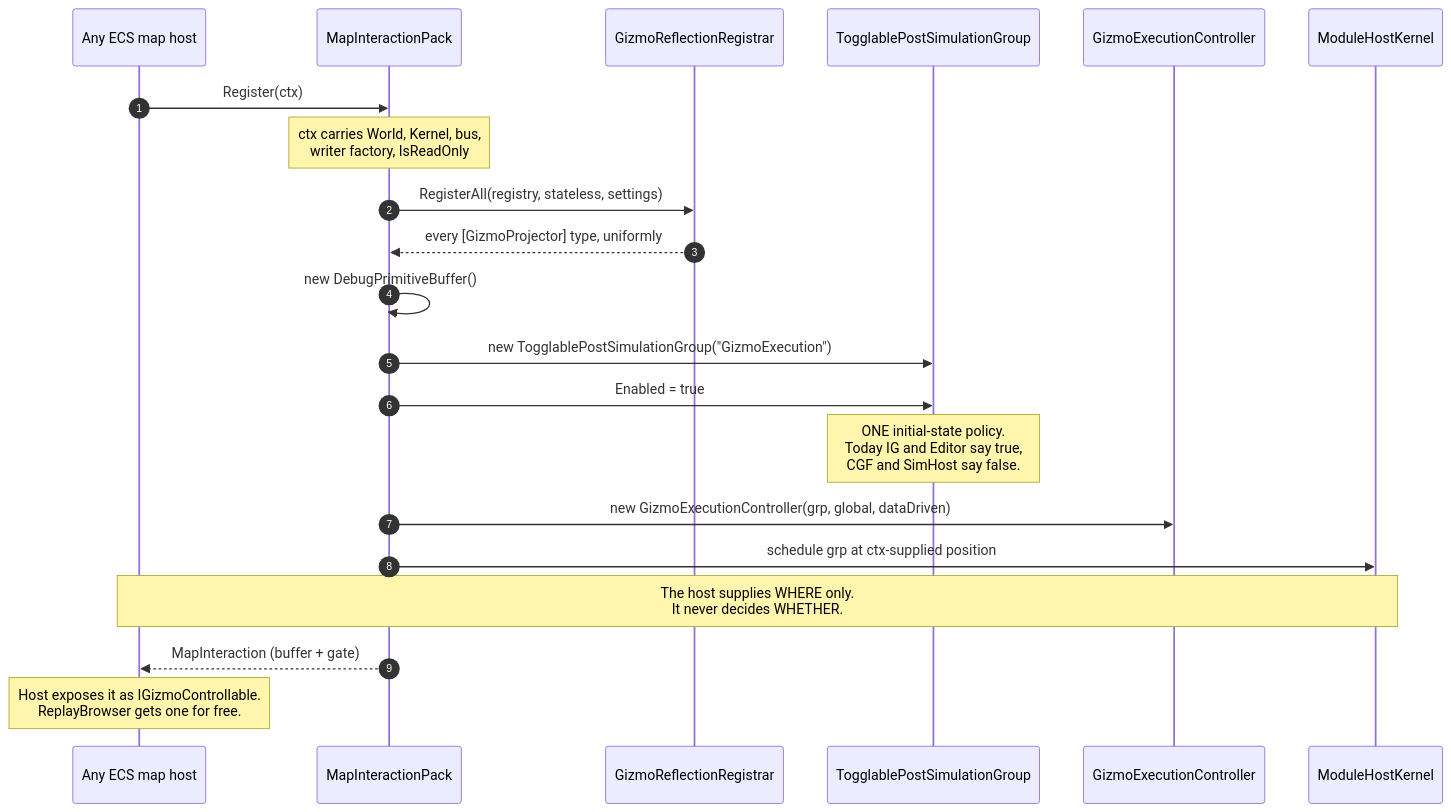
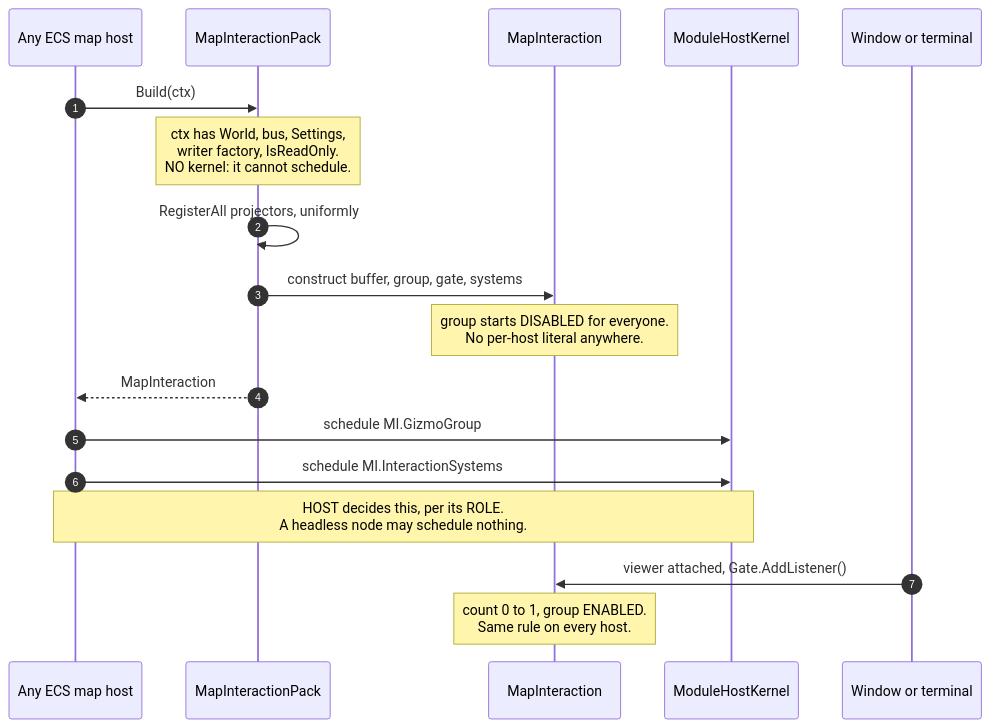
One commit to pjanec/HROT changed the second of 3 diagrams in docs/UX/UX_Feature_Map_Parity.md. Above: the diagram before and after it, drawn with Mermaid. The commit also changed other lines of this file and 1 other file, not shown here.

First line of the commit message:
Redraw the UML to the construct-vs-schedule split, per the user's ruling

````diff
--- a/docs/UX/UX_Feature_Map_Parity.md
+++ b/docs/UX/UX_Feature_Map_Parity.md
@@ -537,24 +532,21 @@
 ```mermaid
 sequenceDiagram
     autonumber
     participant Host as Any ECS map host
     participant Pack as MapInteractionPack
-    participant Refl as GizmoReflectionRegistrar
-    participant Grp as TogglablePostSimulationGroup
-    participant Gate as GizmoExecutionController
+    participant MI as MapInteraction
     participant Kernel as ModuleHostKernel
+    participant Win as Window or terminal
 
-    Host->>Pack: Register(ctx)
-    Note over Pack: ctx carries World, Kernel, bus,<br/>writer factory, IsReadOnly
-    Pack->>Refl: RegisterAll(registry, stateless, settings)
-    Refl-->>Pack: every [GizmoProjector] type, uniformly
-    Pack->>Pack: new DebugPrimitiveBuffer()
-    Pack->>Grp: new TogglablePostSimulationGroup("GizmoExecution")
-    Pack->>Grp: Enabled = true
-    Note over Grp: ONE initial-state policy.<br/>Today IG and Editor say true,<br/>CGF and SimHost say false.
-    Pack->>Gate: new GizmoExecutionController(grp, global, dataDriven)
-    Pack->>Kernel: schedule grp at ctx-supplied position
-    Note over Host,Kernel: The host supplies WHERE only.<br/>It never decides WHETHER.
-    Pack-->>Host: MapInteraction (buffer + gate)
-    Note over Host: Host exposes it as IGizmoControllable.<br/>ReplayBrowser gets one for free.
+    Host->>Pack: Build(ctx)
+    Note over Pack: ctx has World, bus, Settings,<br/>writer factory, IsReadOnly.<br/>NO kernel: it cannot schedule.
+    Pack->>Pack: RegisterAll projectors, uniformly
+    Pack->>MI: construct buffer, group, gate, systems
+    Note over MI: group starts DISABLED for everyone.<br/>No per-host literal anywhere.
+    Pack-->>Host: MapInteraction
+    Host->>Kernel: schedule MI.GizmoGroup
+    Host->>Kernel: schedule MI.InteractionSystems
+    Note over Host,Kernel: HOST decides this, per its ROLE.<br/>A headless node may schedule nothing.
+    Win->>MI: viewer attached, Gate.AddListener()
+    Note over MI: count 0 to 1, group ENABLED.<br/>Same rule on every host.
 ```
````
